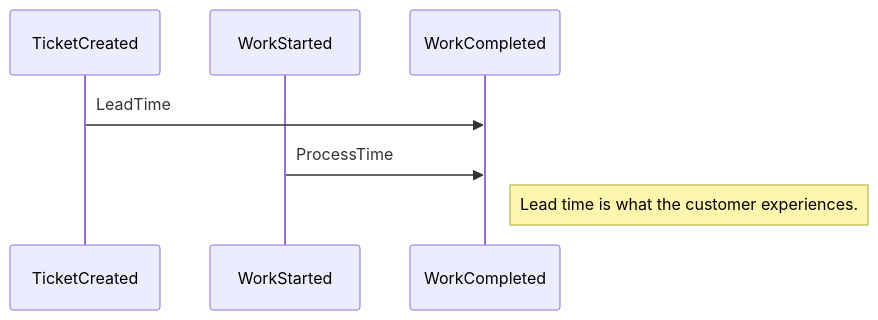
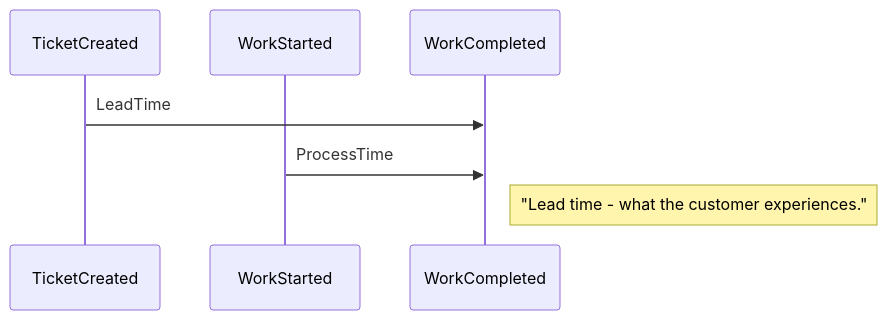
One commit to wayofthepie/notes changed the second of 2 diagrams in books/the_devops_handbook.md. Above: the diagram before and after it, drawn with Mermaid.

Commit message:
update lead time note

````diff
--- a/books/the_devops_handbook.md
+++ b/books/the_devops_handbook.md
@@ -20,10 +20,10 @@
 ```mermaid
 %%{init: { 'sequence': {'messageAlign': 'left'} }}%%
 sequenceDiagram
     participant TicketCreated
     participant WorkStarted
     participant WorkCompleted
     TicketCreated->>WorkCompleted: LeadTime
     WorkStarted->>WorkCompleted: ProcessTime
-    Note right of WorkCompleted: Lead time is what the customer experiences.
+    Note right of WorkCompleted: "Lead time - what the customer experiences."
 ```
````
